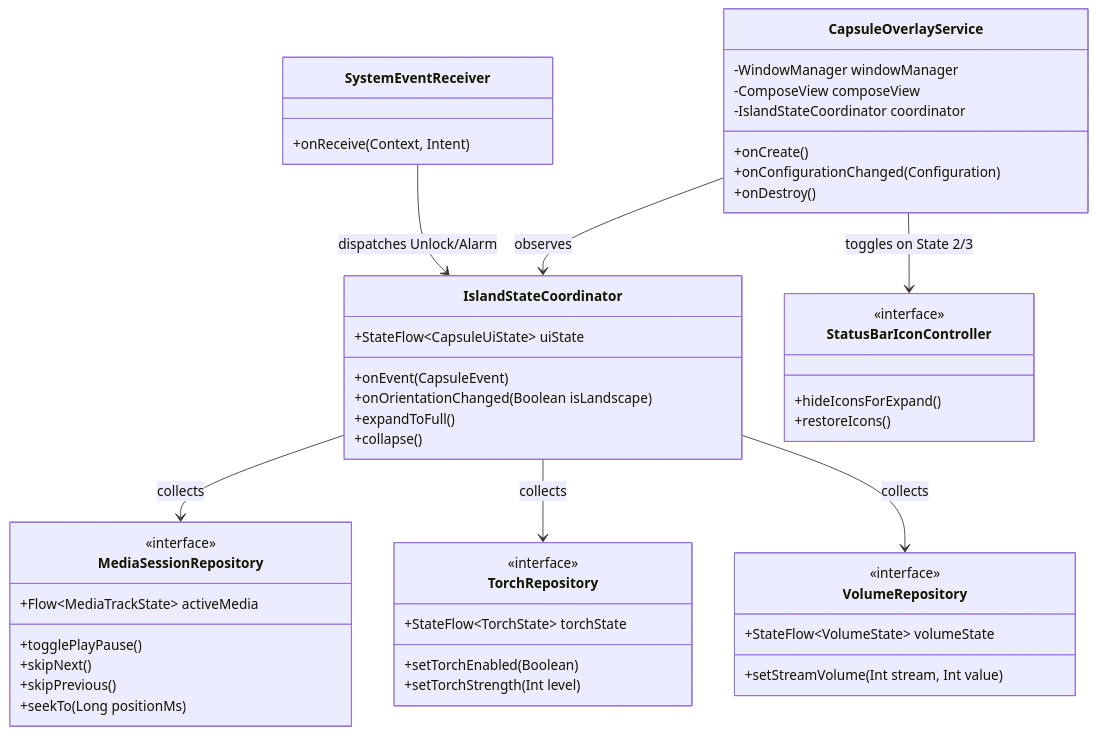
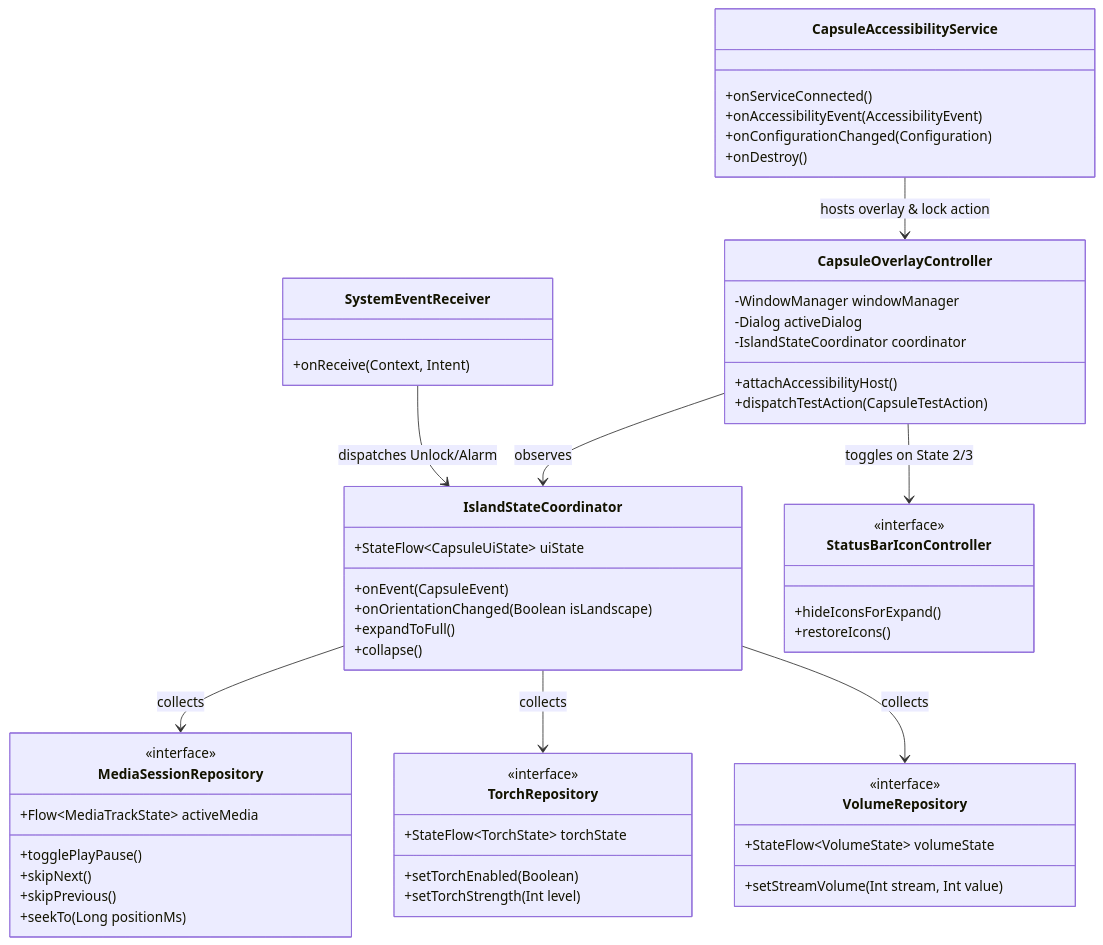
One commit to RidhwanAF/RAF-Capsule changed the second of 3 diagrams in docs/architecture/capsule-os-design.md. Above: the diagram before and after it, drawn with Mermaid. The commit also changed other lines of this file and 42 other files, not shown here.

````diff
--- a/docs/architecture/capsule-os-design.md
+++ b/docs/architecture/capsule-os-design.md
@@ -54,58 +52,65 @@
 ```mermaid
 classDiagram
-    class CapsuleOverlayService {
-        -WindowManager windowManager
-        -ComposeView composeView
-        -IslandStateCoordinator coordinator
-        +onCreate()
+    class CapsuleAccessibilityService {
+        +onServiceConnected()
+        +onAccessibilityEvent(AccessibilityEvent)
         +onConfigurationChanged(Configuration)
         +onDestroy()
+    }
+
+    class CapsuleOverlayController {
+        -WindowManager windowManager
+        -Dialog activeDialog
+        -IslandStateCoordinator coordinator
+        +attachAccessibilityHost()
+        +dispatchTestAction(CapsuleTestAction)
     }
 
     class IslandStateCoordinator {
         +StateFlow~CapsuleUiState~ uiState
         +onEvent(CapsuleEvent)
         +onOrientationChanged(Boolean isLandscape)
         +expandToFull()
         +collapse()
     }
 
     class MediaSessionRepository {
         <<interface>>
         +Flow~MediaTrackState~ activeMedia
         +togglePlayPause()
         +skipNext()
         +skipPrevious()
         +seekTo(Long positionMs)
     }
 
     class TorchRepository {
         <<interface>>
         +StateFlow~TorchState~ torchState
         +setTorchEnabled(Boolean)
         +setTorchStrength(Int level)
     }
 
     class VolumeRepository {
         <<interface>>
         +StateFlow~VolumeState~ volumeState
         +setStreamVolume(Int stream, Int value)
     }
 
     class StatusBarIconController {
         <<interface>>
         +hideIconsForExpand()
         +restoreIcons()
     }
 
     class SystemEventReceiver {
         +onReceive(Context, Intent)
     }
 
-    CapsuleOverlayService --> IslandStateCoordinator : observes
-    CapsuleOverlayService --> StatusBarIconController : toggles on State 2/3
+    CapsuleAccessibilityService --> CapsuleOverlayController : hosts overlay & lock action
+    CapsuleOverlayController --> IslandStateCoordinator : observes
+    CapsuleOverlayController --> StatusBarIconController : toggles on State 2/3
     IslandStateCoordinator --> MediaSessionRepository : collects
     IslandStateCoordinator --> TorchRepository : collects
     IslandStateCoordinator --> VolumeRepository : collects
     SystemEventReceiver --> IslandStateCoordinator : dispatches Unlock/Alarm
 ```
````
